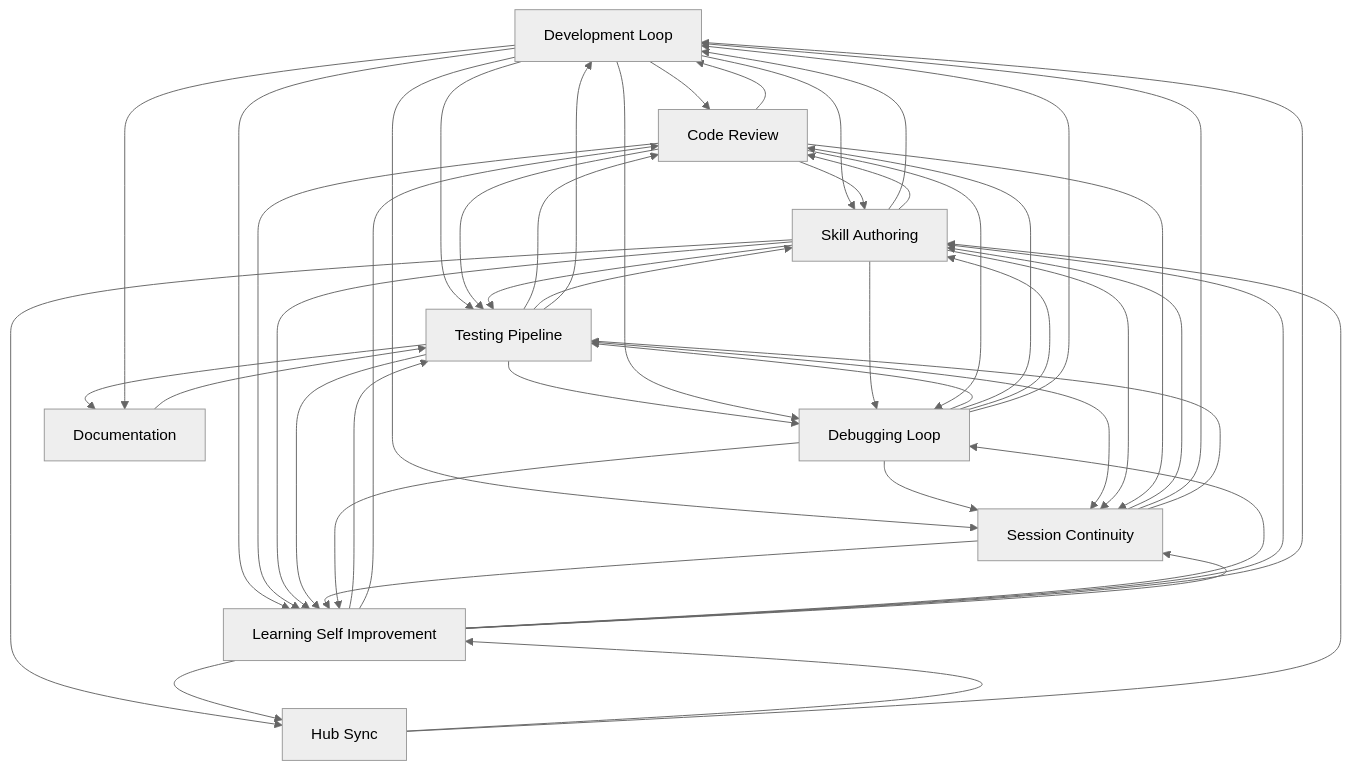
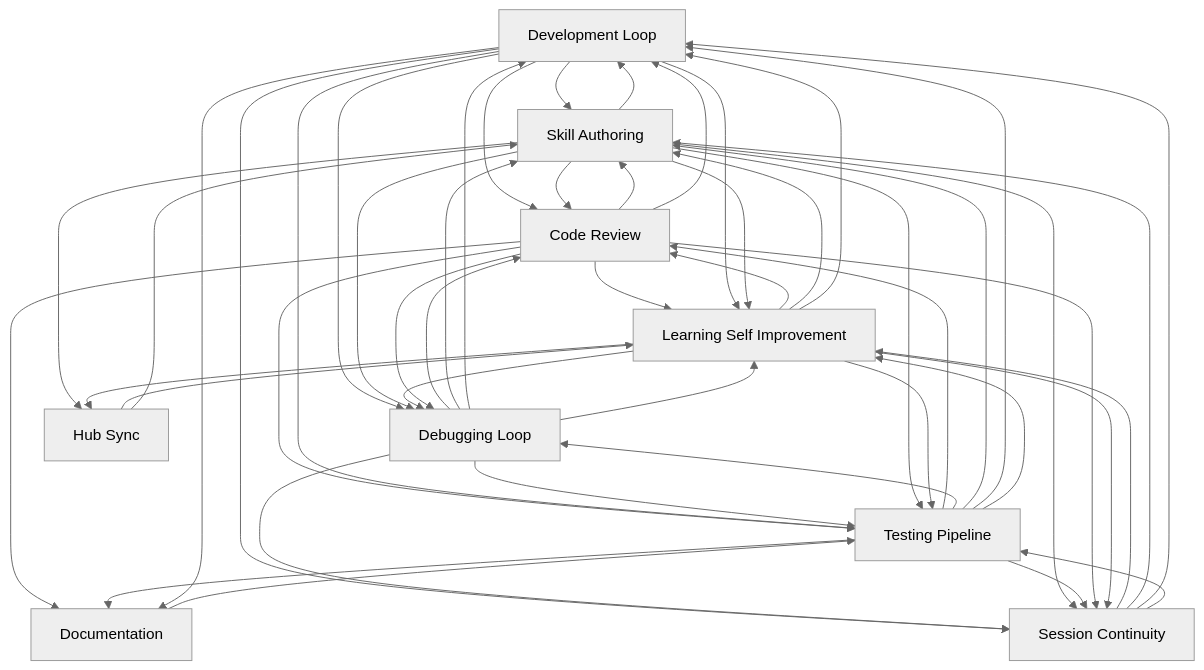
The diagram in docs/workflows/INDEX.md (abhayla/claude-best-practices), drawn with Mermaid (neutral theme) before and after one commit. The commit also changed other lines of this file and 11 other files, not shown here.

````diff
--- a/docs/workflows/INDEX.md
+++ b/docs/workflows/INDEX.md
@@ -21,59 +21,60 @@
 ```mermaid
 graph TD
     development_loop[Development Loop]
     testing_pipeline[Testing Pipeline]
     debugging_loop[Debugging Loop]
     learning_self_improvement[Learning Self Improvement]
     session_continuity[Session Continuity]
     skill_authoring[Skill Authoring]
     code_review[Code Review]
     documentation[Documentation]
     hub_sync[Hub Sync]
     documentation --> testing_pipeline
+    code_review --> skill_authoring
+    code_review --> development_loop
+    development_loop --> skill_authoring
     development_loop --> code_review
-    development_loop --> skill_authoring
-    code_review --> development_loop
-    code_review --> skill_authoring
+    code_review --> learning_self_improvement
+    code_review --> testing_pipeline
+    development_loop --> learning_self_improvement
     development_loop --> testing_pipeline
-    development_loop --> learning_self_improvement
-    code_review --> testing_pipeline
-    code_review --> learning_self_improvement
+    debugging_loop --> code_review
     debugging_loop --> testing_pipeline
-    debugging_loop --> code_review
     testing_pipeline --> code_review
     testing_pipeline --> debugging_loop
     development_loop --> debugging_loop
     debugging_loop --> skill_authoring
     debugging_loop --> development_loop
     testing_pipeline --> skill_authoring
     testing_pipeline --> development_loop
+    skill_authoring --> code_review
     skill_authoring --> development_loop
-    skill_authoring --> code_review
+    skill_authoring --> learning_self_improvement
     skill_authoring --> testing_pipeline
-    skill_authoring --> learning_self_improvement
+    code_review --> documentation
+    testing_pipeline --> documentation
+    development_loop --> documentation
     development_loop --> session_continuity
     debugging_loop --> session_continuity
+    skill_authoring --> session_continuity
     testing_pipeline --> session_continuity
-    skill_authoring --> session_continuity
     skill_authoring --> debugging_loop
-    learning_self_improvement --> testing_pipeline
+    learning_self_improvement --> debugging_loop
     learning_self_improvement --> code_review
-    learning_self_improvement --> debugging_loop
     learning_self_improvement --> skill_authoring
     learning_self_improvement --> development_loop
+    learning_self_improvement --> testing_pipeline
     code_review --> debugging_loop
-    testing_pipeline --> learning_self_improvement
     code_review --> session_continuity
     learning_self_improvement --> session_continuity
+    testing_pipeline --> learning_self_improvement
     session_continuity --> learning_self_improvement
     session_continuity --> skill_authoring
-    testing_pipeline --> documentation
-    development_loop --> documentation
     session_continuity --> development_loop
     session_continuity --> testing_pipeline
     skill_authoring --> hub_sync
     debugging_loop --> learning_self_improvement
     learning_self_improvement --> hub_sync
     hub_sync --> learning_self_improvement
     hub_sync --> skill_authoring
 ```
````
